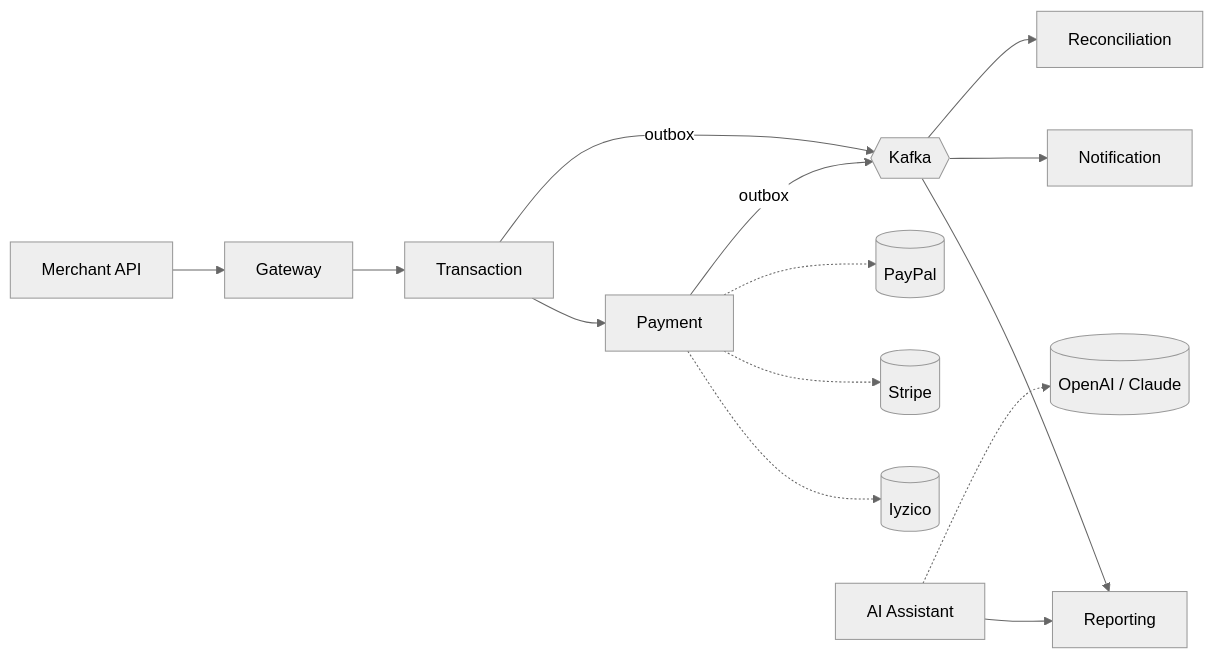
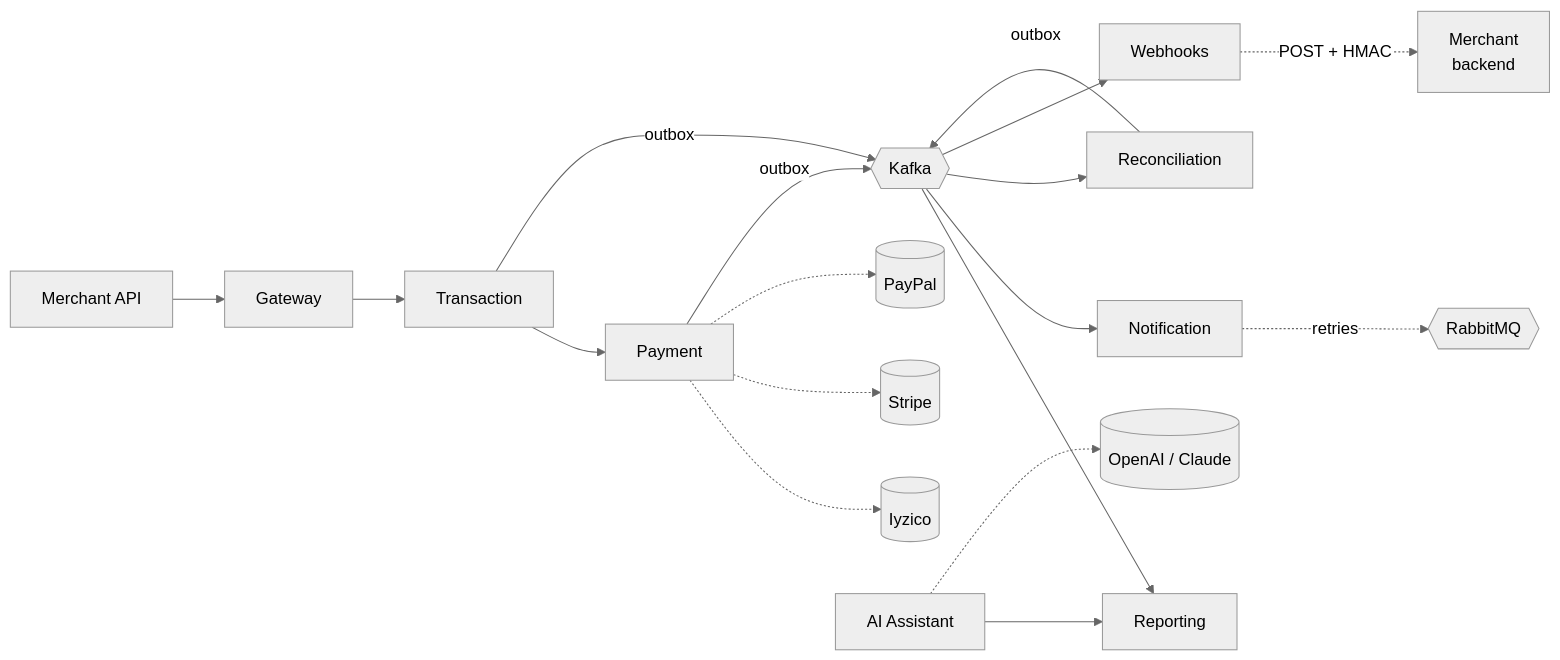
Before and after one commit to batinmustu/payflow: the diagram in README.md, drawn with Mermaid (neutral theme). The commit also changed other lines of this file and 13 other files, not shown here.

````diff
--- a/README.md
+++ b/README.md
@@ -26,18 +36,22 @@
 ```mermaid
 flowchart LR
     M[Merchant API] --> G[Gateway]
     G --> T[Transaction]
     T --> P[Payment]
     P -.-> I[(Iyzico)]
     P -.-> S[(Stripe)]
     P -.-> PP[(PayPal)]
 
     T -->|outbox| K{{Kafka}}
     P -->|outbox| K
+    RC -->|outbox| K
     K --> RP[Reporting]
     K --> NT[Notification]
     K --> RC[Reconciliation]
+    K --> WH[Webhooks]
+    NT -. retries .-> RMQ{{RabbitMQ}}
+    WH -. POST + HMAC .-> MB[Merchant<br/>backend]
 
     A[AI Assistant] --> RP
     A -.-> LLM[(OpenAI / Claude)]
 ```
````
